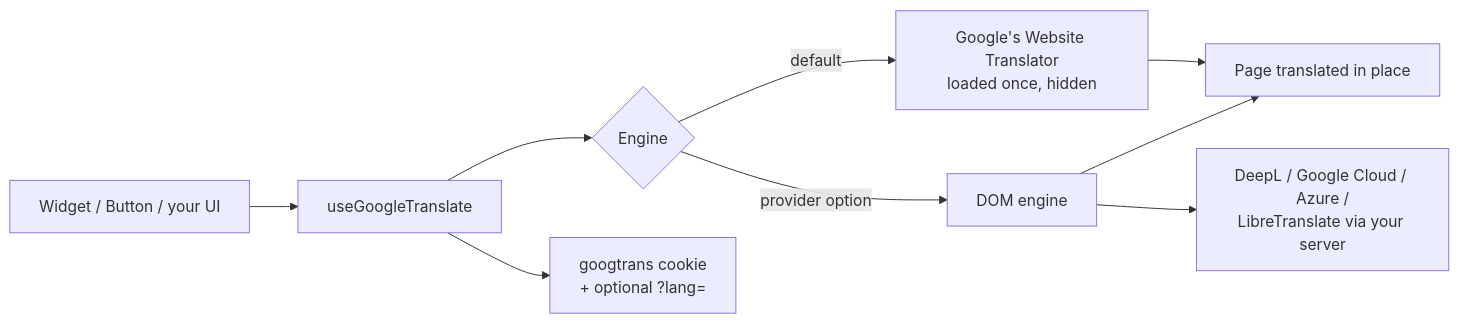
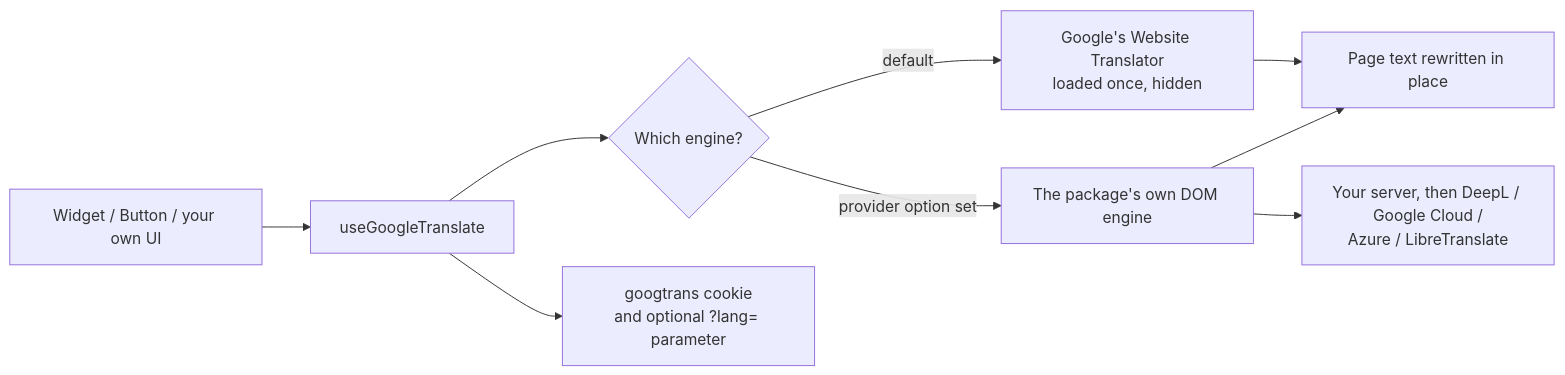
The diagram in docs/how-it-works.md (ken-de-nigerian/vue-google-translate-widget), drawn with Mermaid before and after one commit. The commit also changed other lines of this file and 67 other files, not shown here.

````diff
--- a/docs/how-it-works.md
+++ b/docs/how-it-works.md
@@ -6,10 +12,11 @@
 ```mermaid
 flowchart LR
-    A[Widget / Button / your UI] --> B[useGoogleTranslate]
-    B --> C{Engine}
+    A[Widget / Button / your own UI] --> B[useGoogleTranslate]
+    B --> C{Which engine?}
     C -->|default| D[Google's Website Translator<br/>loaded once, hidden]
-    C -->|provider option| E[DOM engine]
-    E --> F[DeepL / Google Cloud / Azure /<br/>LibreTranslate via your server]
-    D & E --> G[Page translated in place]
-    B --> H[googtrans cookie<br/>+ optional ?lang=]
+    C -->|provider option set| E[The package's own DOM engine]
+    E --> F[Your server, then DeepL / Google Cloud /<br/>Azure / LibreTranslate]
+    D --> G[Page text rewritten in place]
+    E --> G
+    B --> H[googtrans cookie<br/>and optional ?lang= parameter]
 ```
````
